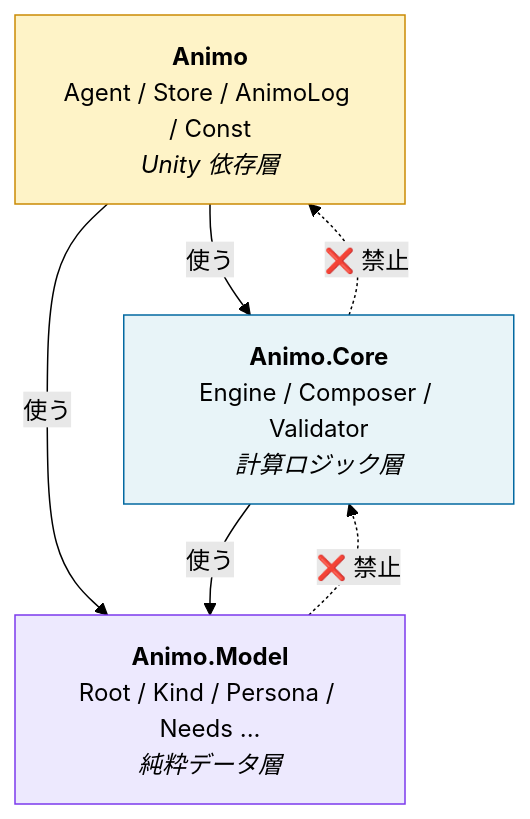
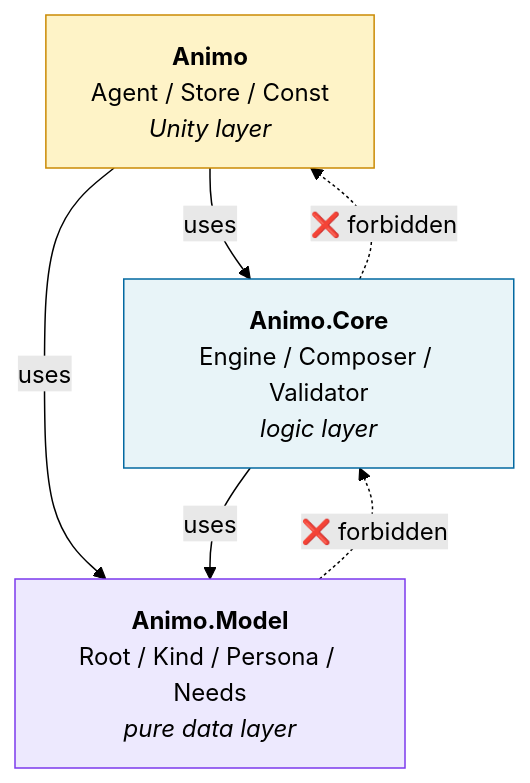
Before and after one commit to hiroxpepe/animo: the fifth of 9 diagrams in README.md, drawn with Mermaid (forest theme). The commit also changed other lines of this file and 7 other files, not shown here.

Commit message:
docs: Add the mermaid diagrams to the readme and the script

````diff
--- a/README.md
+++ b/README.md
@@ -176,14 +179,14 @@
 ```mermaid
 flowchart TB
-  Animo["<b>Animo</b><br/>Agent / Store / AnimoLog / Const<br/><i>Unity 依存層</i>"]
-  Core["<b>Animo.Core</b><br/>Engine / Composer / Validator<br/><i>計算ロジック層</i>"]
-  Model["<b>Animo.Model</b><br/>Root / Kind / Persona / Needs ...<br/><i>純粋データ層</i>"]
-  Animo -->|"使う"| Core
-  Animo -->|"使う"| Model
-  Core -->|"使う"| Model
-  Model -.->|"❌ 禁止"| Core
-  Core -.->|"❌ 禁止"| Animo
+  Animo["<b>Animo</b><br/>Agent / Store / Const<br/><i>Unity layer</i>"]
+  Core["<b>Animo.Core</b><br/>Engine / Composer / Validator<br/><i>logic layer</i>"]
+  Model["<b>Animo.Model</b><br/>Root / Kind / Persona / Needs<br/><i>pure data layer</i>"]
+  Animo -->|"uses"| Core
+  Animo -->|"uses"| Model
+  Core -->|"uses"| Model
+  Model -.->|"❌ forbidden"| Core
+  Core -.->|"❌ forbidden"| Animo
   style Animo fill:#fef3c7,stroke:#ca8a04
   style Core fill:#e8f4f8,stroke:#0369a1
   style Model fill:#ede9fe,stroke:#7c3aed
 ```
````
